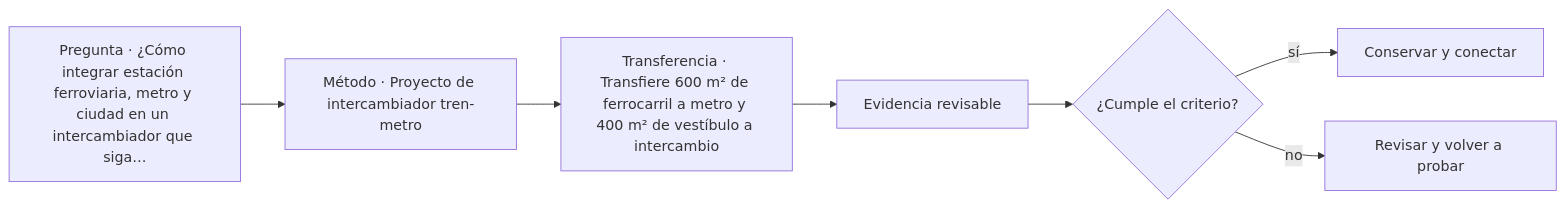
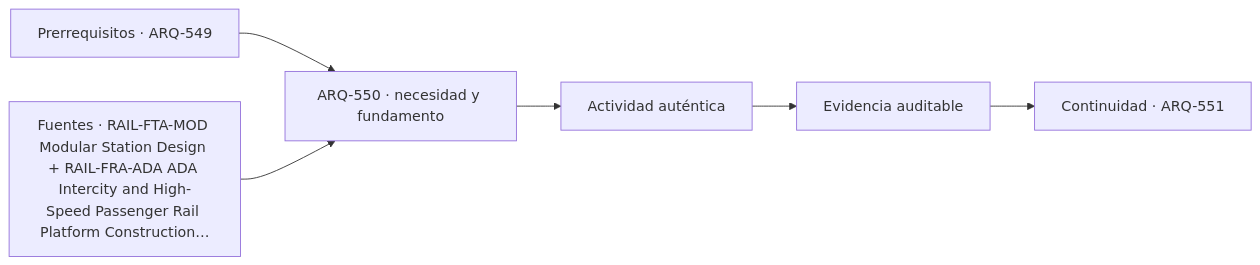
Before and after one commit to vladimiracunadev-create/architecture-built-environment-learning-program: the diagram in classes/parte-55/ARQ-550.md, drawn with Mermaid. The commit also changed other lines of this file and 761 other files, not shown here.

````diff
--- a/classes/parte-55/ARQ-550.md
+++ b/classes/parte-55/ARQ-550.md
@@ -95,9 +107,8 @@
 ```mermaid
 flowchart LR
-    Q["Pregunta · ¿Cómo integrar estación ferroviaria, metro y ciudad en un intercambiador que siga…"] --> M["Método · Proyecto de intercambiador tren-metro"]
-    M --> P["Transferencia · Transfiere 600 m² de ferrocarril a metro y 400 m² de vestíbulo a intercambio"]
-    P --> E["Evidencia revisable"]
-    E --> C{"¿Cumple el criterio?"}
-    C -->|sí| T["Conservar y conectar"]
-    C -->|no| R["Revisar y volver a probar"]
+    A["Prerrequisitos · ARQ-549"] --> B["ARQ-550 · necesidad y fundamento"]
+    S["Fuentes · RAIL-FTA-MOD Modular Station Design + RAIL-FRA-ADA ADA Intercity and High-Speed Passenger Rail Platform Construction…"] --> B
+    B --> C["Actividad auténtica"]
+    C --> D["Evidencia auditable"]
+    D --> E["Continuidad · ARQ-551"]
 ```
````
